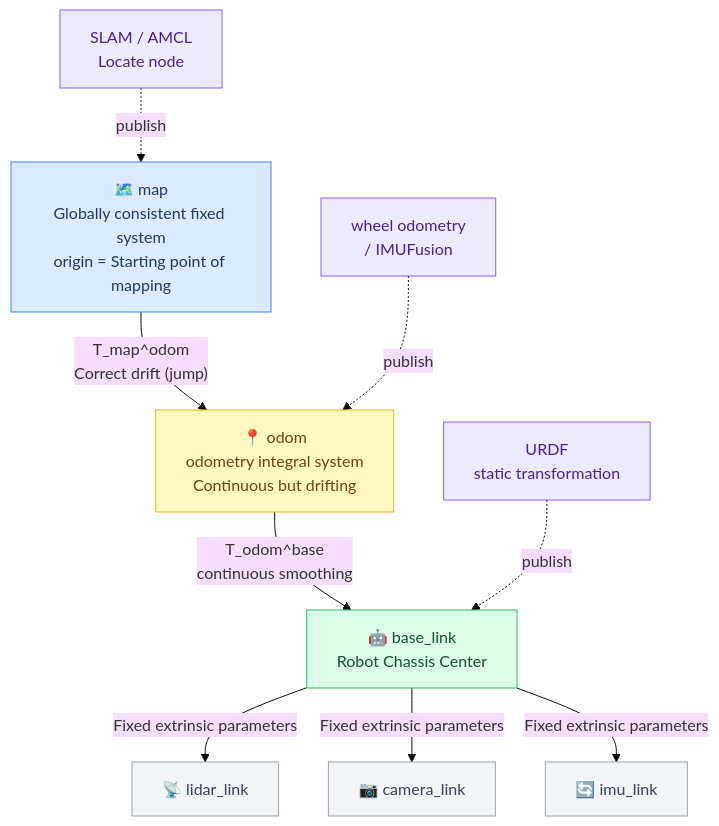
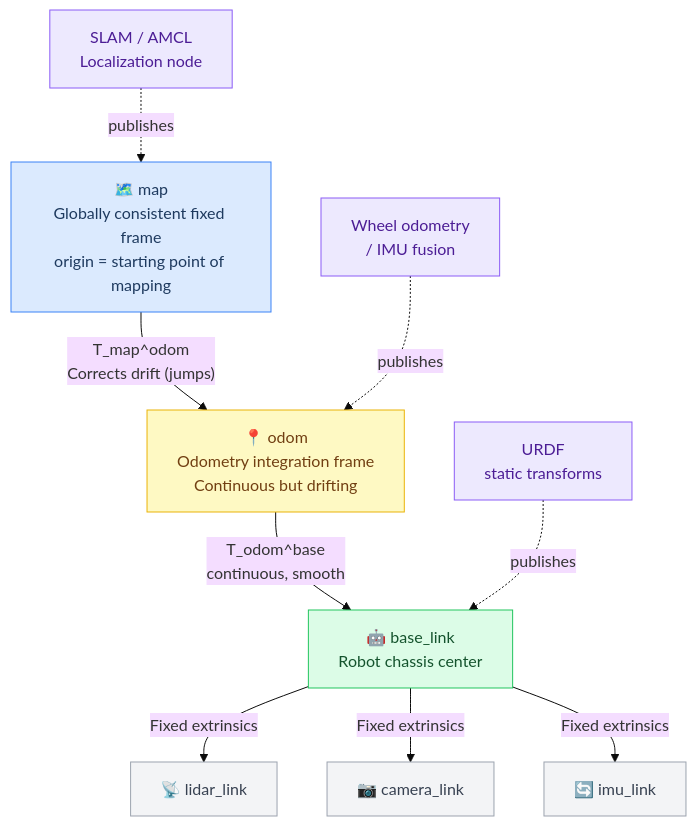
One commit to TingdeLiu/tingdeliu.github.io changed diagram 14 of 18 in _translations/en/research/Robot-Navigation-Survey.md. Above: the diagram before and after it, drawn with Mermaid (base theme). The commit also changed other lines of this file and 51 other files, not shown here.

````diff
--- a/_translations/en/research/Robot-Navigation-Survey.md
+++ b/_translations/en/research/Robot-Navigation-Survey.md
@@ -2556,33 +2556,33 @@
 ```mermaid
 flowchart TB
-    MAP["🗺️ map\nGlobally consistent fixed system\norigin = Starting point of mapping"]
-    ODOM["📍 odom\nodometry integral system\nContinuous but drifting"]
-    BASE["🤖 base_link\nRobot Chassis Center"]
+    MAP["🗺️ map\nGlobally consistent fixed frame\norigin = starting point of mapping"]
+    ODOM["📍 odom\nOdometry integration frame\nContinuous but drifting"]
+    BASE["🤖 base_link\nRobot chassis center"]
     LIDAR["📡 lidar_link"]
     CAM["📷 camera_link"]
     IMU["🔄 imu_link"]
 
-    SLAM["SLAM / AMCL\nLocate node"]
-    WHEEL["wheel odometry\n/ IMUFusion"]
-    URDF["URDF\nstatic transformation"]
+    SLAM["SLAM / AMCL\nLocalization node"]
+    WHEEL["Wheel odometry\n/ IMU fusion"]
+    URDF["URDF\nstatic transforms"]
 
-    MAP -->|"T_map^odom\nCorrect drift (jump)"| ODOM
-    ODOM -->|"T_odom^base\ncontinuous smoothing"| BASE
-    BASE -->|"Fixed extrinsic parameters"| LIDAR
-    BASE -->|"Fixed extrinsic parameters"| CAM
-    BASE -->|"Fixed extrinsic parameters"| IMU
+    MAP -->|"T_map^odom\nCorrects drift (jumps)"| ODOM
+    ODOM -->|"T_odom^base\ncontinuous, smooth"| BASE
+    BASE -->|"Fixed extrinsics"| LIDAR
+    BASE -->|"Fixed extrinsics"| CAM
+    BASE -->|"Fixed extrinsics"| IMU
 
-    SLAM -.->|publish| MAP
-    WHEEL -.->|publish| ODOM
-    URDF -.->|publish| BASE
+    SLAM -.->|publishes| MAP
+    WHEEL -.->|publishes| ODOM
+    URDF -.->|publishes| BASE
 
     style MAP fill:#dbeafe,stroke:#3b82f6,color:#1e3a5f
     style ODOM fill:#fef9c3,stroke:#eab308,color:#713f12
     style BASE fill:#dcfce7,stroke:#22c55e,color:#14532d
     style LIDAR fill:#f3f4f6,stroke:#9ca3af,color:#374151
     style CAM fill:#f3f4f6,stroke:#9ca3af,color:#374151
     style IMU fill:#f3f4f6,stroke:#9ca3af,color:#374151
     style SLAM fill:#ede9fe,stroke:#8b5cf6,color:#4c1d95
     style WHEEL fill:#ede9fe,stroke:#8b5cf6,color:#4c1d95
     style URDF fill:#ede9fe,stroke:#8b5cf6,color:#4c1d95
 ```
````
